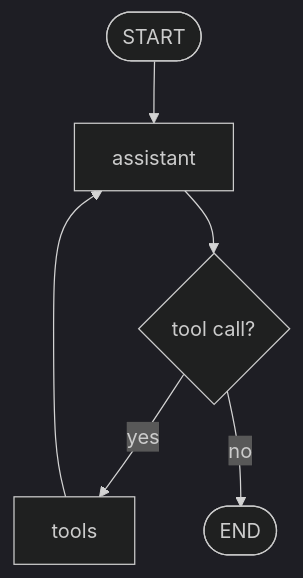
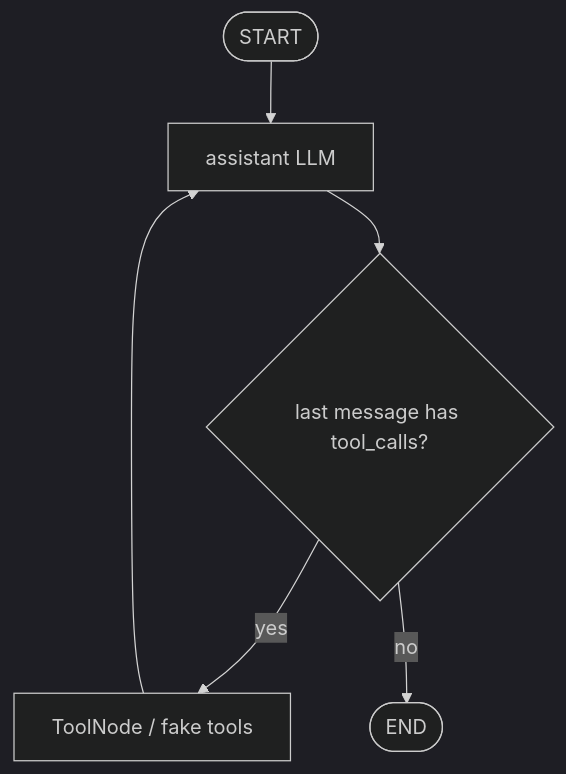
Before and after one commit to heecheon92/langgraph-playground: the first of 2 diagrams in docs/agent-patterns/patterns/03-tool-calling-router-and-agent-loop.md, drawn with Mermaid (dark theme). The commit also changed other lines of this file and 24 other files, not shown here.

````diff
--- a/docs/agent-patterns/patterns/03-tool-calling-router-and-agent-loop.md
+++ b/docs/agent-patterns/patterns/03-tool-calling-router-and-agent-loop.md
@@ -33,8 +33,8 @@
 ```mermaid
 flowchart TD
-    Start([START]) --> Assistant[assistant]
-    Assistant --> HasTool{tool call?}
-    HasTool -->|yes| Tools[tools]
+    Start([START]) --> Assistant[assistant LLM]
+    Assistant --> ToolCheck{last message has tool_calls?}
+    ToolCheck -->|yes| Tools[ToolNode / fake tools]
     Tools --> Assistant
-    HasTool -->|no| End([END])
+    ToolCheck -->|no| End([END])
 ```
````
